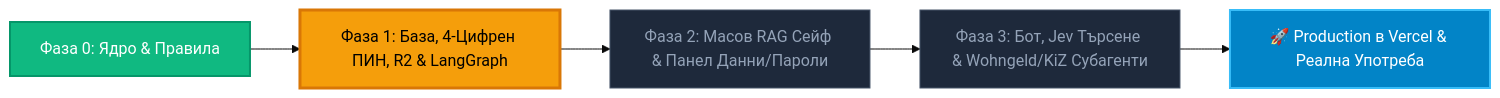
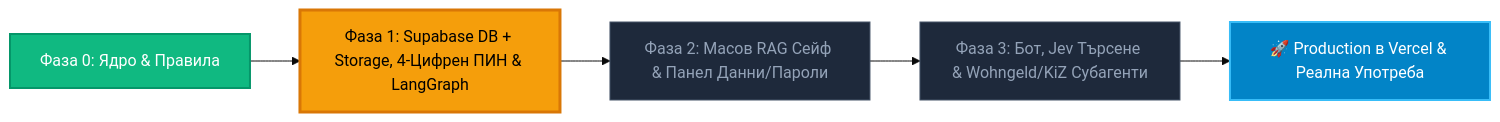
One commit to Krasimir-Hristov/KRONOS changed the diagram in ROADMAP.md. Above: the diagram before and after it, drawn with Mermaid (base theme). The commit also changed other lines of this file and 11 other files, not shown here.

Commit message:
docs(core): switch storage backend to Supabase Storage (kronos-vault) and clean up configuration

````diff
--- a/ROADMAP.md
+++ b/ROADMAP.md
@@ -9,13 +9,13 @@
 ```mermaid
 flowchart LR
-    P0["Фаза 0: Ядро & Правила"] --> P1["Фаза 1: База, 4-Цифрен ПИН, R2 & LangGraph"]
+    P0["Фаза 0: Ядро & Правила"] --> P1["Фаза 1: Supabase DB + Storage, 4-Цифрен ПИН & LangGraph"]
     P1 --> P2["Фаза 2: Масов RAG Сейф & Панел Данни/Пароли"]
     P2 --> P3["Фаза 3: Бот, Jev Търсене & Wohngeld/KiZ Субагенти"]
     P3 --> PROD["🚀 Production в Vercel & Реална Употреба"]
 
     style P0 fill:#10b981,stroke:#059669,stroke-width:2px,color:#ffffff
     style P1 fill:#f59e0b,stroke:#d97706,stroke-width:3px,color:#000000
     style P2 fill:#1e293b,stroke:#475569,stroke-width:1px,color:#94a3b8
     style P3 fill:#1e293b,stroke:#475569,stroke-width:1px,color:#94a3b8
     style PROD fill:#0284c7,stroke:#38bdf8,stroke-width:2px,color:#ffffff
 ```
````
